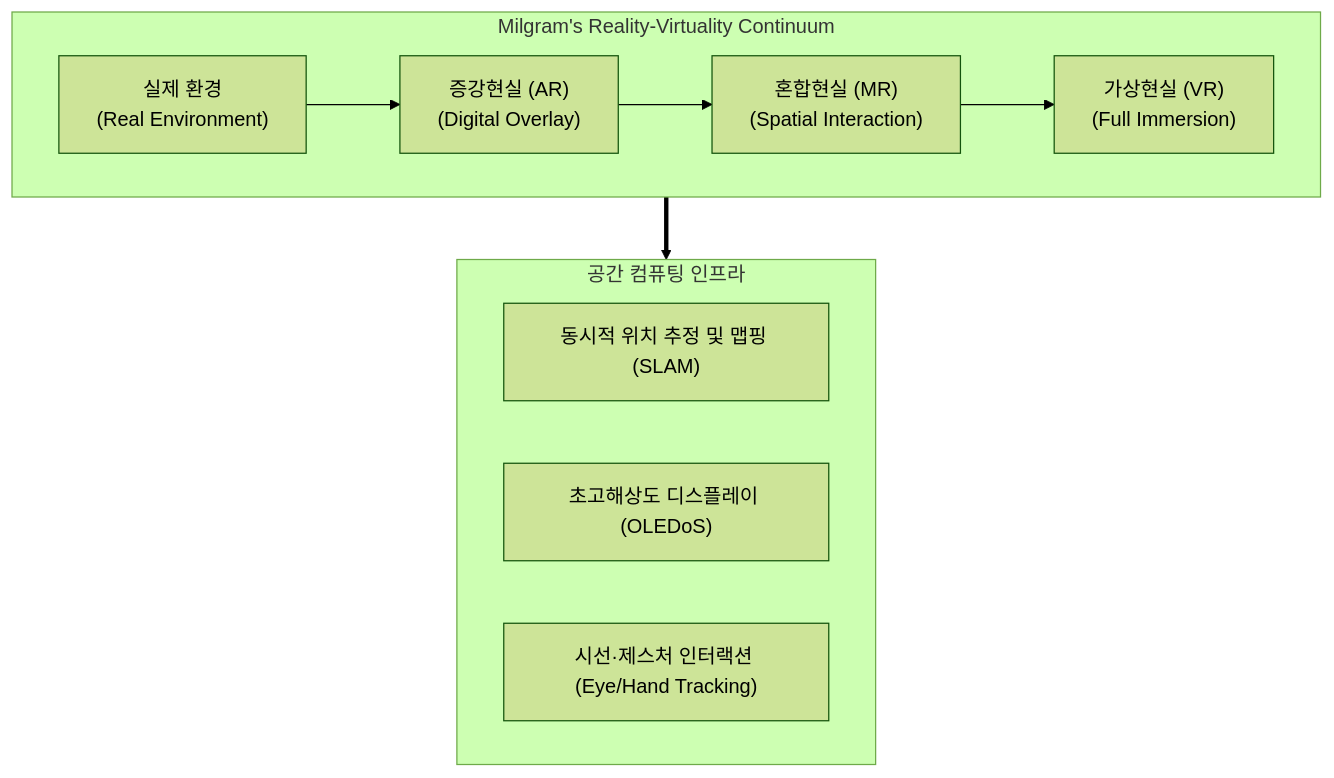
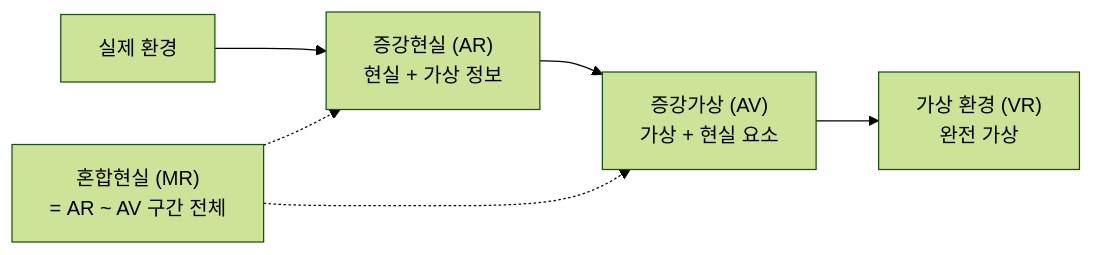
Before and after one commit to supremethumb/supremethumb.github.io: the diagram in content/01_IT Tech/XR 유형.md, drawn with Mermaid (forest theme). The commit also changed other lines of this file and 1087 other files, not shown here.

````diff
--- a/content/01_IT Tech/XR 유형.md
+++ b/content/01_IT Tech/XR 유형.md
@@ -23,18 +35,8 @@
 ```mermaid
-flowchart TB
-    subgraph Continuum["Milgram's Reality-Virtuality Continuum"]
-        direction LR
-        RE["실제 환경<br/>(Real Environment)"] --> AR["증강현실 (AR)<br/>(Digital Overlay)"]
-        AR --> MR["혼합현실 (MR)<br/>(Spatial Interaction)"]
-        MR --> VR["가상현실 (VR)<br/>(Full Immersion)"]
-    end
-
-    subgraph CoreTech["공간 컴퓨팅 인프라"]
-        SLAM["동시적 위치 추정 및 맵핑 (SLAM)"]
-        DISP["초고해상도 디스플레이 (OLEDoS)"]
-        INT["시선·제스처 인터랙션 (Eye/Hand Tracking)"]
-    end
-
-    Continuum ==> CoreTech
-
+flowchart LR
+    RE["실제 환경"] --> AR["증강현실 (AR)<br/>현실 + 가상 정보"]
+    AR --> AV["증강가상 (AV)<br/>가상 + 현실 요소"]
+    AV --> VE["가상 환경 (VR)<br/>완전 가상"]
+    MR["혼합현실 (MR)<br/>= AR ~ AV 구간 전체"] -.-> AR
+    MR -.-> AV
 ```
````
